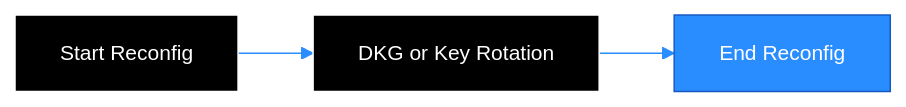
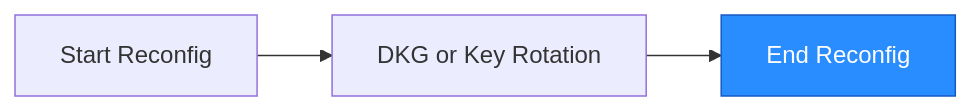
One commit to MystenLabs/hashi changed the fourth of 5 diagrams in design/docs/reconfiguration.mdx. Above: the diagram before and after it, drawn with Mermaid. The commit also changed other lines of this file and 11 other files, not shown here.

````diff
--- a/design/docs/reconfiguration.mdx
+++ b/design/docs/reconfiguration.mdx
@@ -129,21 +81,5 @@
 ```mermaid
----
-config:
-  theme: base
-  themeVariables:
-    primaryColor: '#298DFF'
-    primaryTextColor: '#FFFFFF'
-    primaryBorderColor: '#FFFFFF'
-    secondaryColor: '#6C7584'
-    tertiaryColor: '#FFFFFF'
-    lineColor: '#298DFF'
-    background: '#FFFFFF'
-    mainBkg: '#000000'
-    secondBkg: '#6C7584'
-    fontSize: '14px'
-    fontFamily: 'Inter, sans-serif'
----
 graph LR
     A[Start Reconfig] --> B[DKG or Key Rotation] --> C[End Reconfig]:::active
     classDef active fill:#298DFF,stroke:#1759C4,color:#FFFFFF
 ```
````
